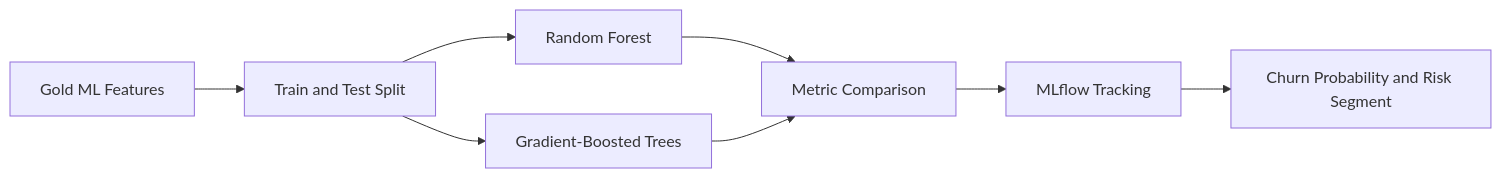
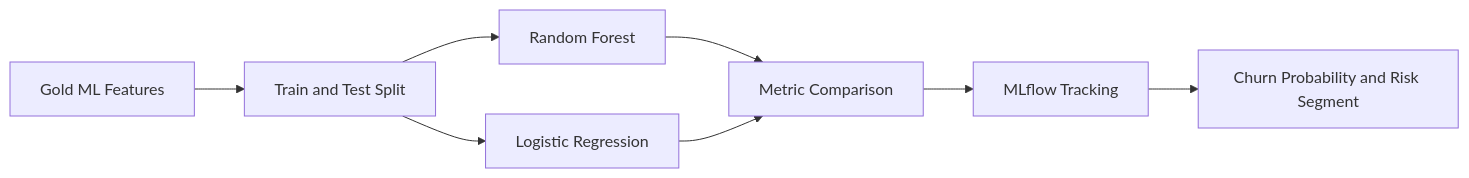
The second of 2 diagrams in README.md (mahmoudmohamedmahmoudhelmy/telecom-customer-intelligence), drawn with Mermaid before and after one commit. The commit also changed other lines of this file, not shown here.

````diff
--- a/README.md
+++ b/README.md
@@ -143,10 +143,10 @@
 ```mermaid
 flowchart LR
     A["Gold ML Features"] --> B["Train and Test Split"]
     B --> C["Random Forest"]
-    B --> D["Gradient-Boosted Trees"]
+    B --> D["Logistic Regression"]
     C --> E["Metric Comparison"]
     D --> E
     E --> F["MLflow Tracking"]
     F --> G["Churn Probability and Risk Segment"]
 ```
````
